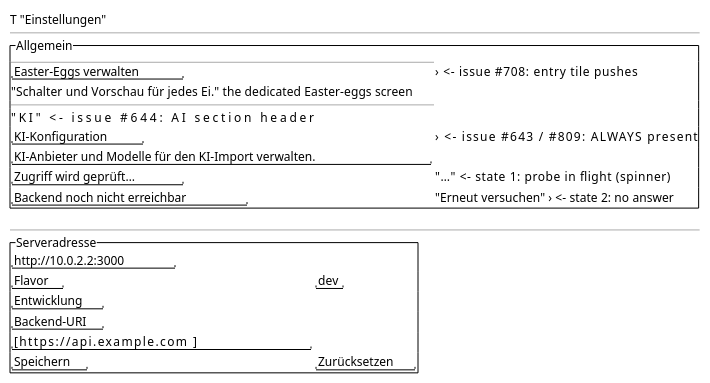
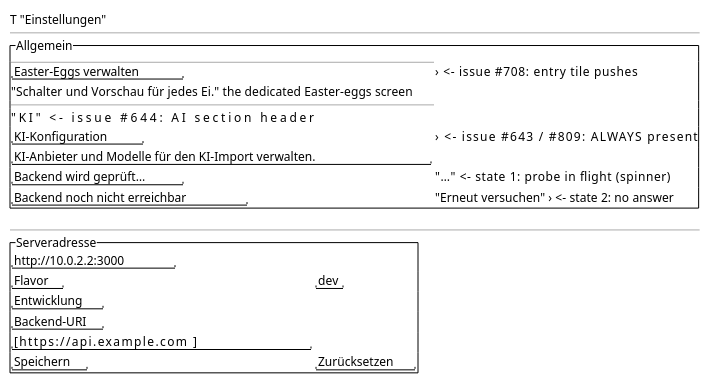
One commit to tradem/breakdown-rs changed the diagram in docs/design/screens/settings.md. Above: the diagram before and after it, drawn with PlantUML. The commit also changed other lines of this file and 18 other files, not shown here.

````diff
--- a/docs/design/screens/settings.md
+++ b/docs/design/screens/settings.md
@@ -41,27 +41,27 @@
 ```plantuml
 @startsalt
 {
   T "Einstellungen"
   --
   {^ "Allgemein"
     --
     "Easter-Eggs verwalten" | ›        <- issue #708: entry tile pushes
     "Schalter und Vorschau für jedes Ei."   the dedicated Easter-eggs screen
     --
     "KI"                                 <- issue #644: AI section header
     "KI-Konfiguration" | ›               <- issue #643 / #809: ALWAYS present
     "KI-Anbieter und Modelle für den KI-Import verwalten."
-    "Zugriff wird geprüft…" | "…"        <- state 1: probe in flight (spinner)
+    "Backend wird geprüft…" | "…"        <- state 1: probe in flight (spinner)
     "Backend noch nicht erreichbar" | "Erneut versuchen" ›  <- state 2: no answer
   }
   --
   {^ "Serveradresse" | "http://10.0.2.2:3000"
      "Flavor" | "dev"
      "Entwicklung"
      "Backend-URI"
      "[https://api.example.com            ]"
      "Speichern" | "Zurücksetzen"
   }
 }
 @endsalt
 ```
````
